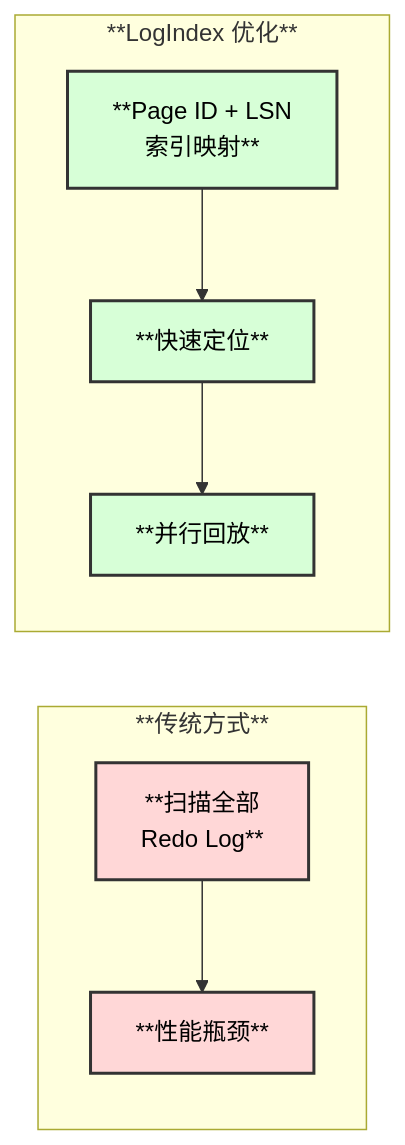
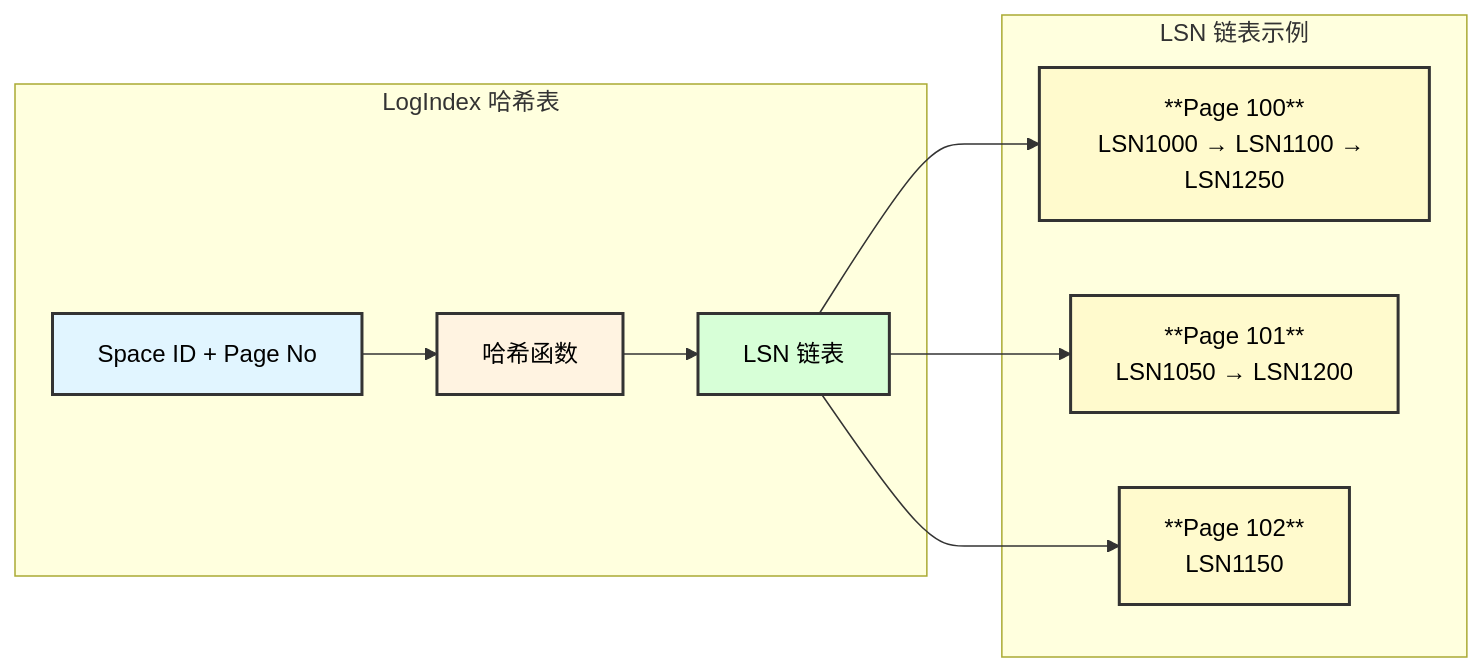
Before and after one commit to victor1589007281/percona-server: the sixth of 29 diagrams in vdocs/design/PolarDB_Architecture.md, drawn with Mermaid. The commit also changed other lines of this file and 141 other files, not shown here.

````diff
--- a/vdocs/design/PolarDB_Architecture.md
+++ b/vdocs/design/PolarDB_Architecture.md
@@ -224,23 +208,27 @@
 ```mermaid
 graph LR
-    subgraph "**传统方式**"
-        A[**扫描全部<br/>Redo Log**]
-        B[**性能瓶颈**]
+    subgraph "LogIndex 哈希表"
+        A["Space ID + Page No"]
+        B["哈希函数"]
+        C["LSN 链表"]
     end
     
-    subgraph "**LogIndex 优化**"
-        C[**Page ID + LSN<br/>索引映射**]
-        D[**快速定位**]
-        E[**并行回放**]
+    subgraph "LSN 链表示例"
+        D["**Page 100**<br/>LSN1000 → LSN1100 → LSN1250"]
+        E["**Page 101**<br/>LSN1050 → LSN1200"]
+        F["**Page 102**<br/>LSN1150"]
     end
     
     A --> B
+    B --> C
     C --> D
-    D --> E
+    C --> E
+    C --> F
     
-    style A fill:#ffd7d7,stroke:#333,stroke-width:2px,color:#000
-    style B fill:#ffd7d7,stroke:#333,stroke-width:2px,color:#000
+    style A fill:#e1f5ff,stroke:#333,stroke-width:2px,color:#000
+    style B fill:#fff3e1,stroke:#333,stroke-width:2px,color:#000
     style C fill:#d7ffd7,stroke:#333,stroke-width:2px,color:#000
-    style D fill:#d7ffd7,stroke:#333,stroke-width:2px,color:#000
-    style E fill:#d7ffd7,stroke:#333,stroke-width:2px,color:#000
+    style D fill:#fffacd,stroke:#333,stroke-width:2px,color:#000
+    style E fill:#fffacd,stroke:#333,stroke-width:2px,color:#000
+    style F fill:#fffacd,stroke:#333,stroke-width:2px,color:#000
 ```
````
